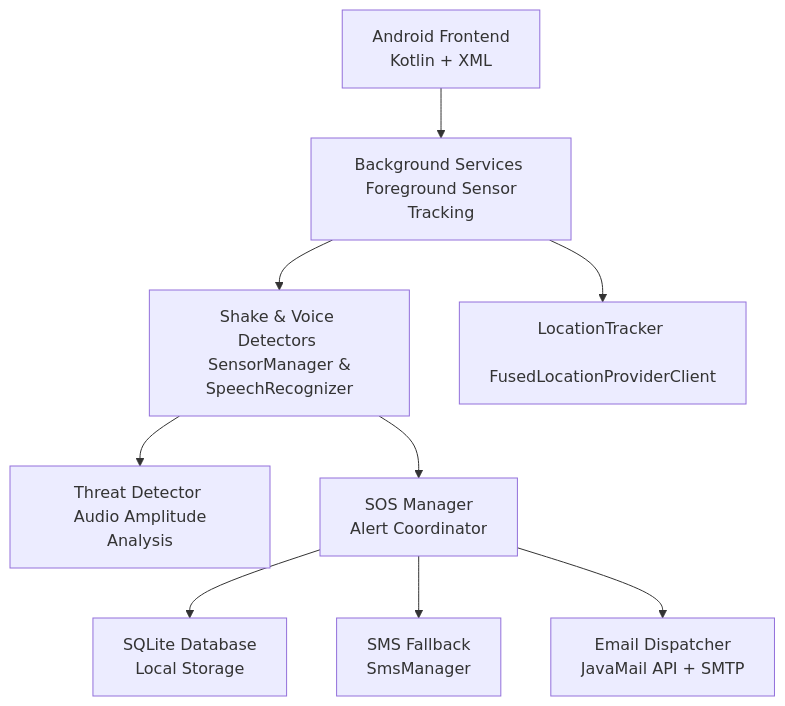
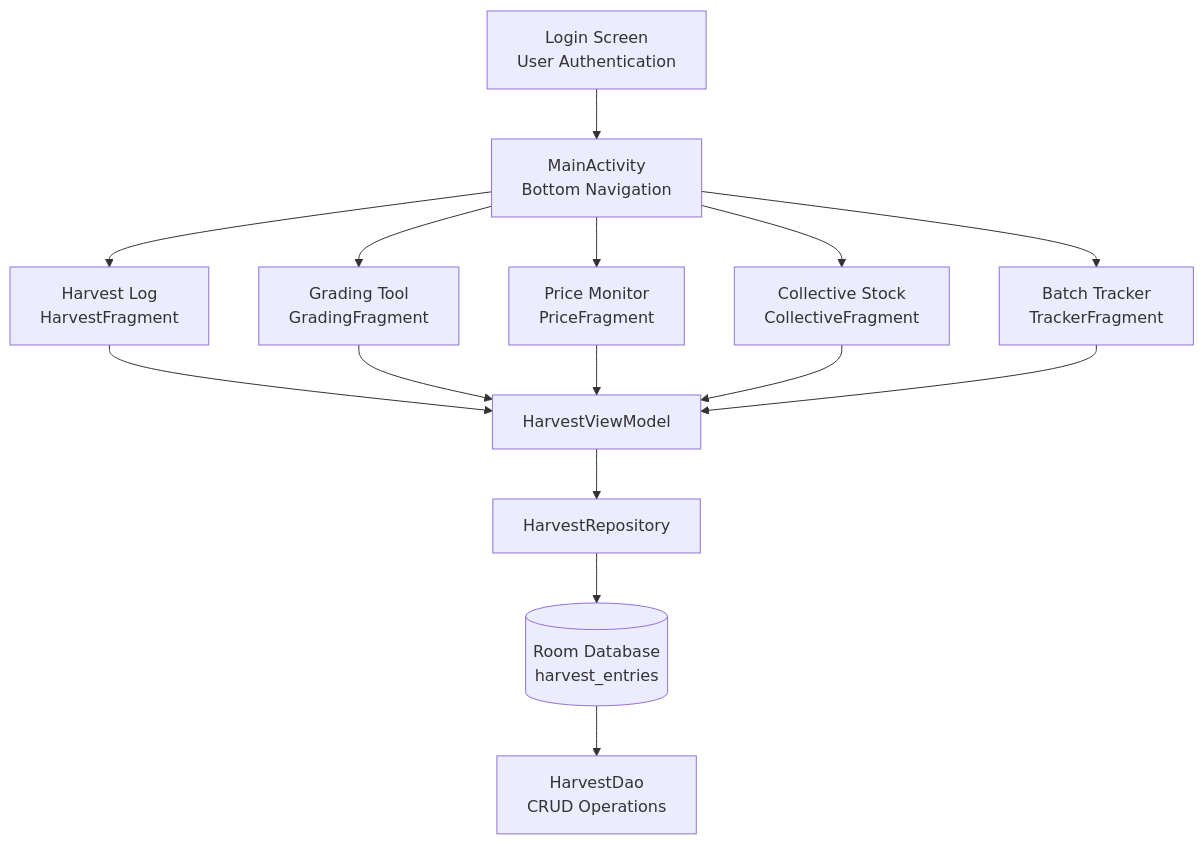
One commit to shashankkulkarni1943/JenuGumpu changed the first of 6 diagrams in README.md. Above: the diagram before and after it, drawn with Mermaid. The commit also changed other lines of this file, not shown here.

````diff
--- a/README.md
+++ b/README.md
@@ -23,11 +42,19 @@
 ```mermaid
 graph TD
-A[Android Frontend <br/> Kotlin + XML] --> B[Background Services <br/> Foreground Sensor Tracking]
-B --> C[Shake & Voice Detectors <br/> SensorManager & SpeechRecognizer]
-C --> D[Threat Detector <br/> Audio Amplitude Analysis]
-B --> E[LocationTracker <br/> FusedLocationProviderClient]
-C --> F[SOS Manager <br/> Alert Coordinator]
-F --> G[SQLite Database <br/> Local Storage]
-F --> H[SMS Fallback <br/> SmsManager]
-F --> I[Email Dispatcher <br/> JavaMail API + SMTP]
+    A[Login Screen<br/>User Authentication] --> B[MainActivity<br/>Bottom Navigation]
+    B --> C[Harvest Log<br/>HarvestFragment]
+    B --> D[Grading Tool<br/>GradingFragment]
+    B --> E[Price Monitor<br/>PriceFragment]
+    B --> F[Collective Stock<br/>CollectiveFragment]
+    B --> G[Batch Tracker<br/>TrackerFragment]
+
+    C --> H[HarvestViewModel]
+    D --> H
+    E --> H
+    F --> H
+    G --> H
+
+    H --> I[HarvestRepository]
+    I --> J[(Room Database<br/>harvest_entries)]
+    J --> K[HarvestDao<br/>CRUD Operations]
 ```
````
